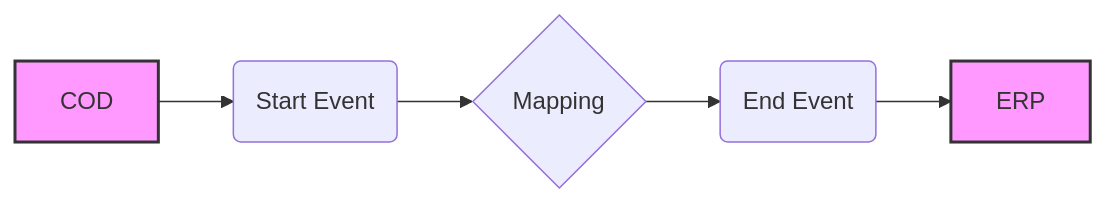
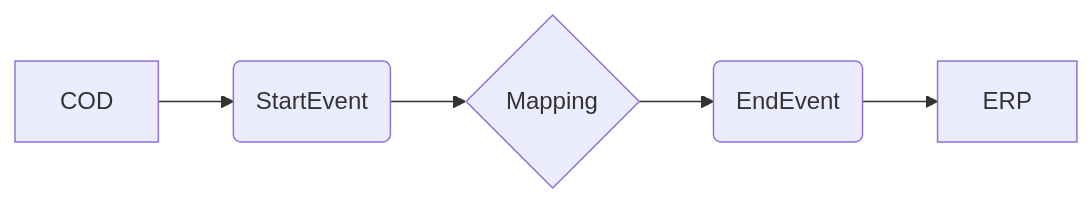
Before and after one commit to Avvale-IA-CICD/AvvaleCPI: the diagram in MMZ - Cell Iflows/Check_Connectivity_to_SAP_Business_Suite_MMZ-1.0.4/readme.md, drawn with Mermaid. The commit also changed other lines of this file, not shown here.

````diff
--- a/MMZ - Cell Iflows/Check_Connectivity_to_SAP_Business_Suite_MMZ-1.0.4/readme.md
+++ b/MMZ - Cell Iflows/Check_Connectivity_to_SAP_Business_Suite_MMZ-1.0.4/readme.md
@@ -4,9 +4,7 @@
 ```mermaid
 graph LR
-    A[COD] --> B(Start Event)
-    B --> C{Mapping}
-    C --> D(End Event)
-    D --> E[ERP]
-    style A fill:#f9f,stroke:#333,stroke-width:2px
-    style E fill:#f9f,stroke:#333,stroke-width:2px
+    A[COD] --> B(StartEvent);
+    B --> C{Mapping};
+    C --> D(EndEvent);
+    D --> E[ERP];
 ```
````
